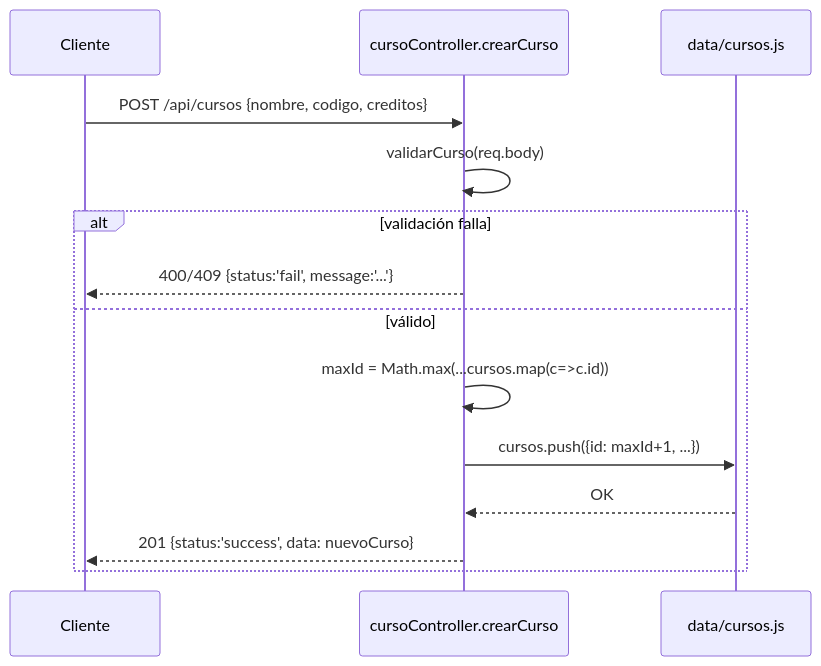
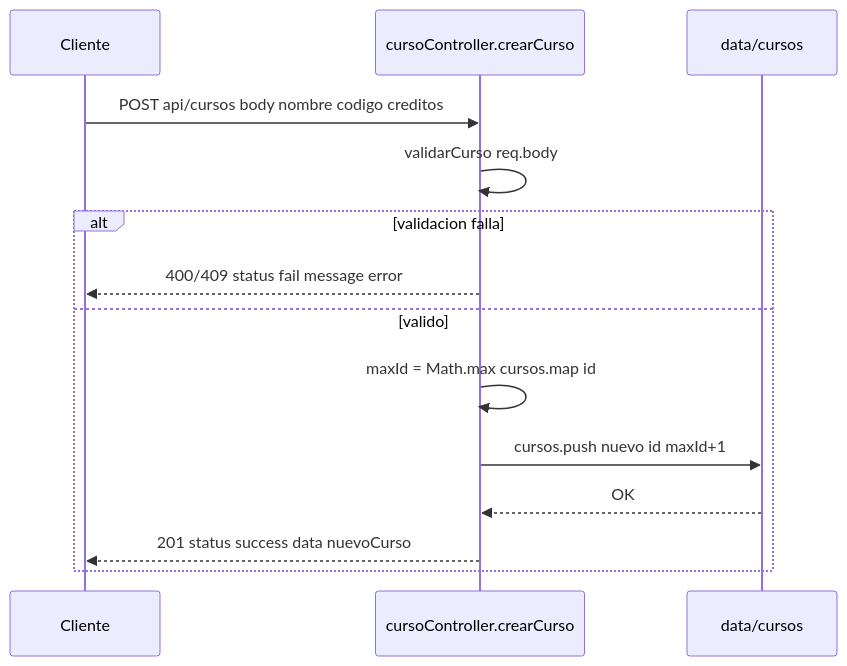
One commit to camiloSis/Programacion-Web-Systems changed the fifth of 11 diagrams in Lab06VersionIndividual/lab06-api-cursos/flujo.md. Above: the diagram before and after it, drawn with Mermaid. The commit also changed other lines of this file, not shown here.

````diff
--- a/Lab06VersionIndividual/lab06-api-cursos/flujo.md
+++ b/Lab06VersionIndividual/lab06-api-cursos/flujo.md
@@ -172,17 +172,17 @@
 ```mermaid
 sequenceDiagram
     participant C as Cliente
     participant CT as cursoController.crearCurso
-    participant DT as data/cursos.js
+    participant DT as data/cursos
 
-    C->>CT: POST /api/cursos {nombre, codigo, creditos}
-    CT->>CT: validarCurso(req.body)
-    alt validación falla
-        CT-->>C: 400/409 {status:'fail', message:'...'}
-    else válido
-        CT->>CT: maxId = Math.max(...cursos.map(c=>c.id))
-        CT->>DT: cursos.push({id: maxId+1, ...})
+    C->>CT: POST api/cursos body nombre codigo creditos
+    CT->>CT: validarCurso req.body
+    alt validacion falla
+        CT-->>C: 400/409 status fail message error
+    else valido
+        CT->>CT: maxId = Math.max cursos.map id
+        CT->>DT: cursos.push nuevo id maxId+1
         DT-->>CT: OK
-        CT-->>C: 201 {status:'success', data: nuevoCurso}
+        CT-->>C: 201 status success data nuevoCurso
     end
 ```
````
